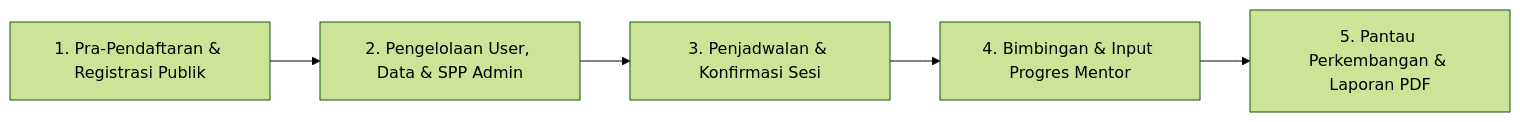
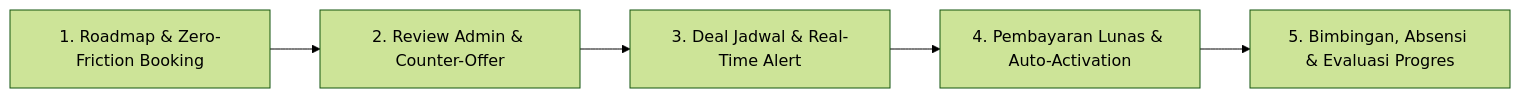
One commit to MasDan-stack/al-hikmah-lms changed the second of 2 diagrams in tentang.md. Above: the diagram before and after it, drawn with Mermaid (forest theme). The commit also changed other lines of this file and 87 other files, not shown here.

````diff
--- a/tentang.md
+++ b/tentang.md
@@ -45,7 +105,7 @@
 ```mermaid
 flowchart LR
-    A[1. Pra-Pendaftaran & Registrasi Publik] --> B[2. Pengelolaan User, Data & SPP Admin]
-    B --> C[3. Penjadwalan & Konfirmasi Sesi]
-    C --> D[4. Bimbingan & Input Progres Mentor]
-    D --> E[5. Pantau Perkembangan & Laporan PDF]
+    A[1. Roadmap & Zero-Friction Booking] --> B[2. Review Admin & Counter-Offer]
+    B --> C[3. Deal Jadwal & Real-Time Alert]
+    C --> D[4. Pembayaran Lunas & Auto-Activation]
+    D --> E[5. Bimbingan, Absensi & Evaluasi Progres]
 ```
````
